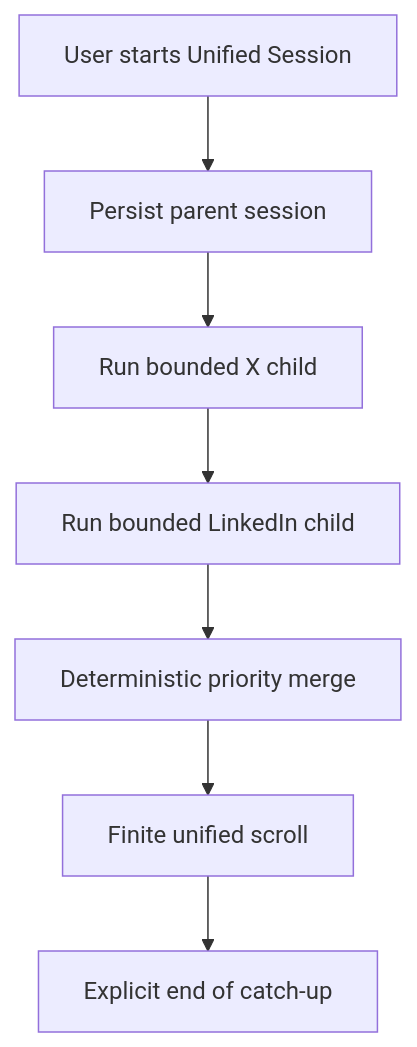
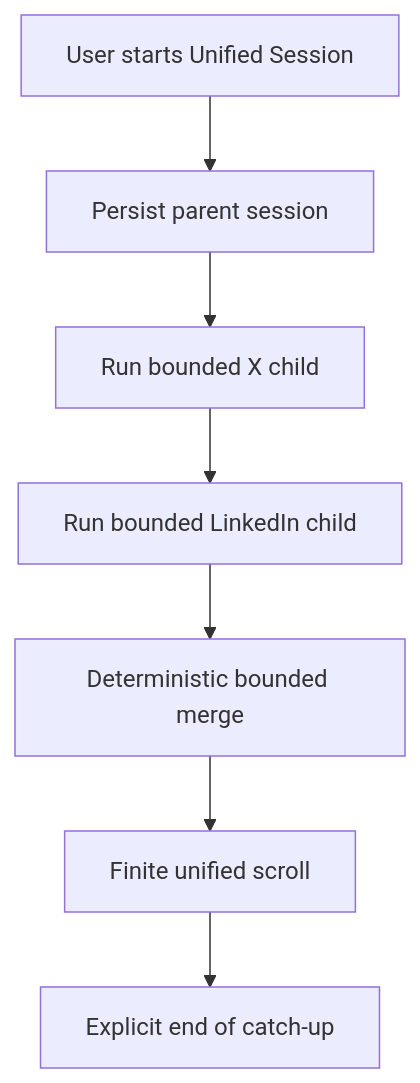
Before and after one commit to abangkis/AkuBrowser: the second of 3 diagrams in docs/aku-browser-architecture.md, drawn with Mermaid. The commit also changed other lines of this file and 2 other files, not shown here.

````diff
--- a/docs/aku-browser-architecture.md
+++ b/docs/aku-browser-architecture.md
@@ -139,9 +139,9 @@
 ```mermaid
 flowchart TD
     U["User starts Unified Session"] --> S["Persist parent session"]
     S --> X["Run bounded X child"]
     X --> L["Run bounded LinkedIn child"]
-    L --> M["Deterministic priority merge"]
+    L --> M["Deterministic bounded merge"]
     M --> R["Finite unified scroll"]
     R --> E["Explicit end of catch-up"]
 ```
````
